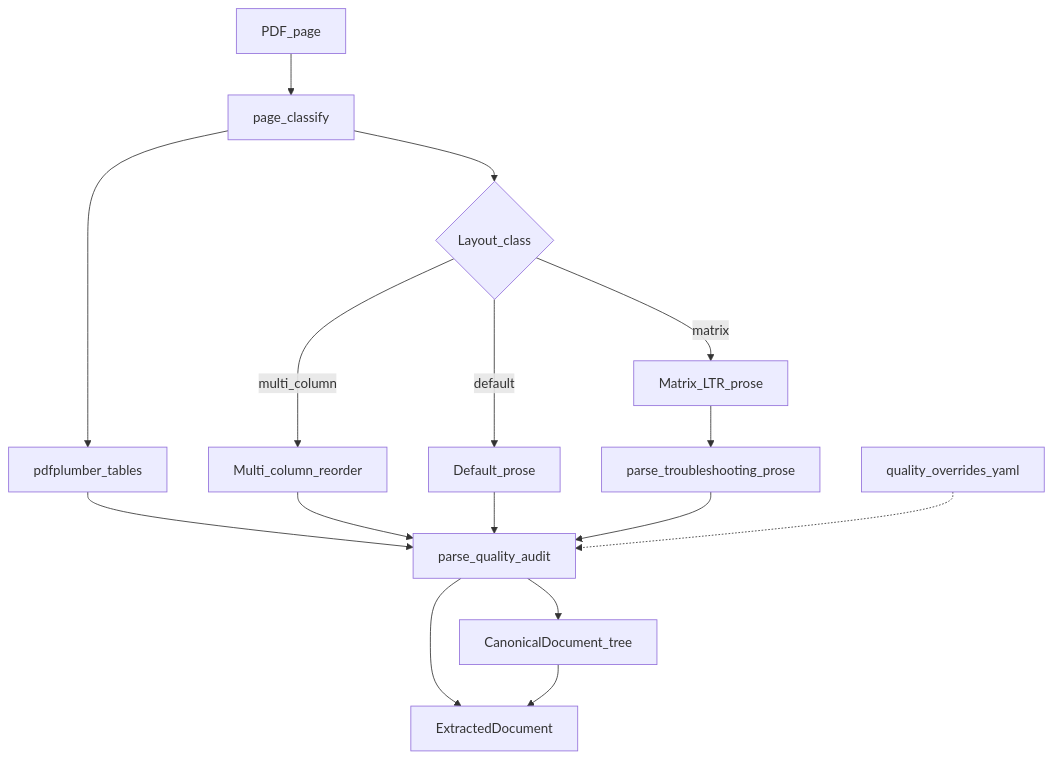
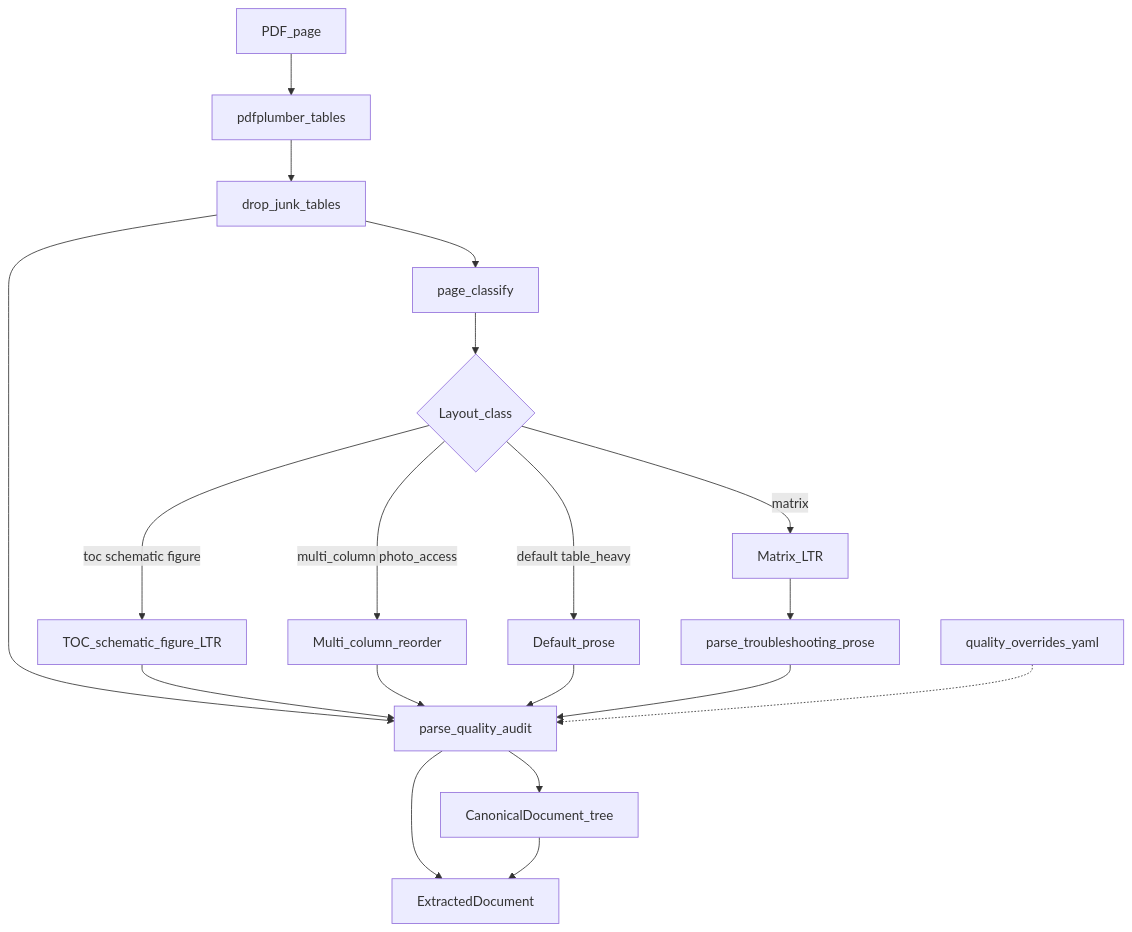
The second of 3 diagrams in docs/architecture/03-offline-ingest.md (raghuram-chittibomma/ai-repair-assistant), drawn with Mermaid before and after one commit. The commit also changed other lines of this file and 17 other files, not shown here.

Commit message:
Classify TOC, schematic, and photo-access pages so artwork grids are not indexed as tables.

````diff
--- a/docs/architecture/03-offline-ingest.md
+++ b/docs/architecture/03-offline-ingest.md
@@ -38,31 +38,36 @@
 ```mermaid
 flowchart TD
   pdf[PDF_page]
+  tables[pdfplumber_tables]
+  dropJunk[drop_junk_tables]
   classify[page_classify]
-  tables[pdfplumber_tables]
   proseRouter{Layout_class}
-  matrixLTR[Matrix_LTR_prose]
+  matrixLTR[Matrix_LTR]
+  ltrProse[TOC_schematic_figure_LTR]
   multiCol[Multi_column_reorder]
   defaultProse[Default_prose]
   matrixFallback[parse_troubleshooting_prose]
   audit[parse_quality_audit]
   overrides[quality_overrides_yaml]
   canon[CanonicalDocument_tree]
   extracted[ExtractedDocument]
 
-  pdf --> classify
-  classify --> tables
+  pdf --> tables
+  tables --> dropJunk
+  dropJunk --> classify
   classify --> proseRouter
   proseRouter -->|matrix| matrixLTR
-  proseRouter -->|multi_column| multiCol
-  proseRouter -->|default| defaultProse
+  proseRouter -->|toc schematic figure| ltrProse
+  proseRouter -->|multi_column photo_access| multiCol
+  proseRouter -->|default table_heavy| defaultProse
   matrixLTR --> matrixFallback
-  tables --> audit
+  dropJunk --> audit
+  ltrProse --> audit
   multiCol --> audit
   defaultProse --> audit
   matrixFallback --> audit
   overrides -.-> audit
   audit --> canon
   audit --> extracted
   canon --> extracted
 ```
````
